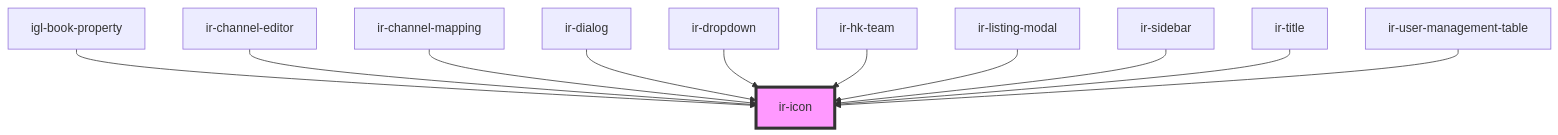
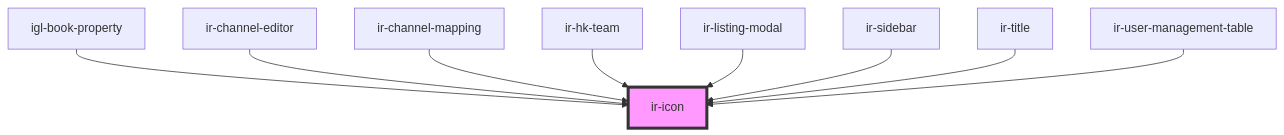
The diagram in src/components/ui/ir-icon/readme.md (David1Chowaifaty/modified-ir-webcmp), drawn with Mermaid before and after one commit. The commit also changed other lines of this file and 50 other files, not shown here.

````diff
--- a/src/components/ui/ir-icon/readme.md
+++ b/src/components/ui/ir-icon/readme.md
@@ -39,14 +37,12 @@
 ```mermaid
 graph TD;
   igl-book-property --> ir-icon
   ir-channel-editor --> ir-icon
   ir-channel-mapping --> ir-icon
-  ir-dialog --> ir-icon
-  ir-dropdown --> ir-icon
   ir-hk-team --> ir-icon
   ir-listing-modal --> ir-icon
   ir-sidebar --> ir-icon
   ir-title --> ir-icon
   ir-user-management-table --> ir-icon
   style ir-icon fill:#f9f,stroke:#333,stroke-width:4px
 ```
````
